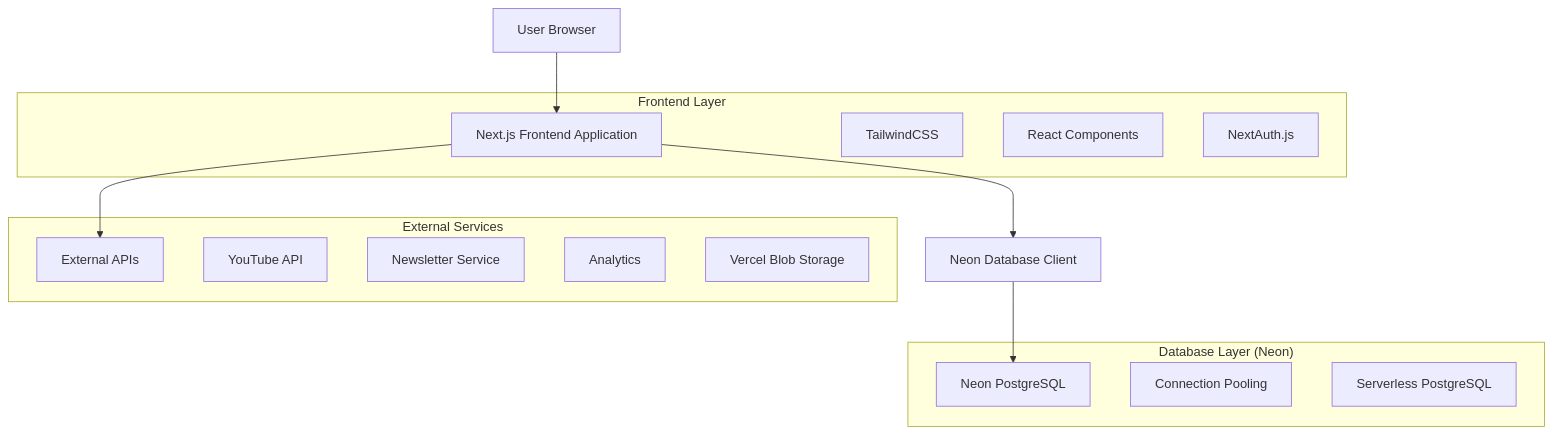
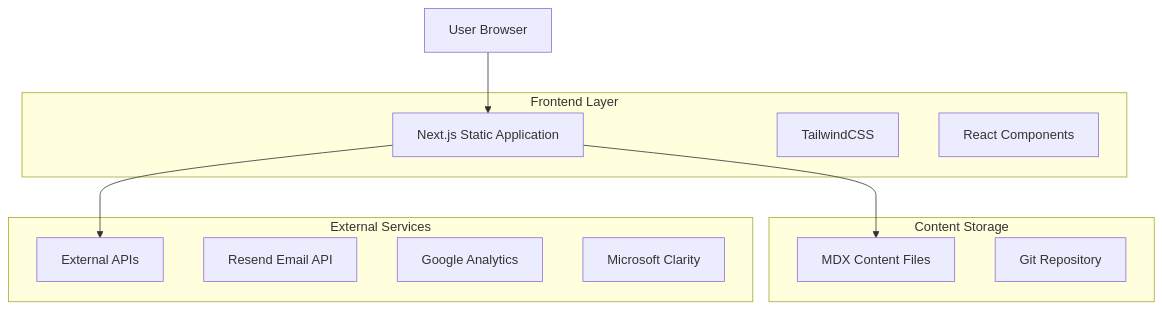
One commit to aramb-dev/aram-tutorials changed the first of 2 diagrams in A-ram_Tutorials_Technical_Architecture.md. Above: the diagram before and after it, drawn with Mermaid. The commit also changed other lines of this file and 1 other file, not shown here.

First line of the commit message:
docs: update architecture and add environment variables template

````diff
--- a/A-ram_Tutorials_Technical_Architecture.md
+++ b/A-ram_Tutorials_Technical_Architecture.md
@@ -5,28 +5,24 @@
 ```mermaid
 graph TD
-    A[User Browser] --> B[Next.js Frontend Application]
-    B --> C[Neon Database Client]
-    C --> D[Neon PostgreSQL]
+    A[User Browser] --> B[Next.js Static Application]
+    B --> C[MDX Content Files]
     B --> E[External APIs]
 
     subgraph "Frontend Layer"
         B
         F[TailwindCSS]
         G[React Components]
-        H[NextAuth.js]
     end
 
-    subgraph "Database Layer (Neon)"
-        D
-        I[Connection Pooling]
-        J[Serverless PostgreSQL]
+    subgraph "Content Storage"
+        C
+        H[Git Repository]
     end
 
     subgraph "External Services"
         E
-        K[YouTube API]
-        L[Newsletter Service]
-        M[Analytics]
-        N[Vercel Blob Storage]
+        I[Resend Email API]
+        J[Google Analytics]
+        K[Microsoft Clarity]
     end
 ```
````
